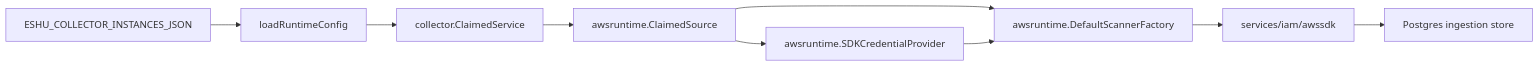
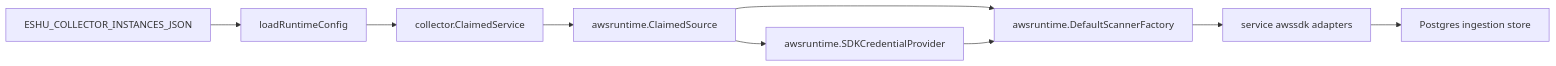
One commit to eshu-hq/eshu changed the diagram in go/cmd/collector-aws-cloud/README.md. Above: the diagram before and after it, drawn with Mermaid. The commit also changed other lines of this file and 29 other files, not shown here.

````diff
--- a/go/cmd/collector-aws-cloud/README.md
+++ b/go/cmd/collector-aws-cloud/README.md
@@ -18,11 +18,11 @@
 ```mermaid
 flowchart LR
   A["ESHU_COLLECTOR_INSTANCES_JSON"] --> B["loadRuntimeConfig"]
   B --> C["collector.ClaimedService"]
   C --> D["awsruntime.ClaimedSource"]
   D --> E["awsruntime.SDKCredentialProvider"]
   D --> F["awsruntime.DefaultScannerFactory"]
   E --> F
-  F --> H["services/iam/awssdk"]
+  F --> H["service awssdk adapters"]
   H --> G["Postgres ingestion store"]
 ```
````
